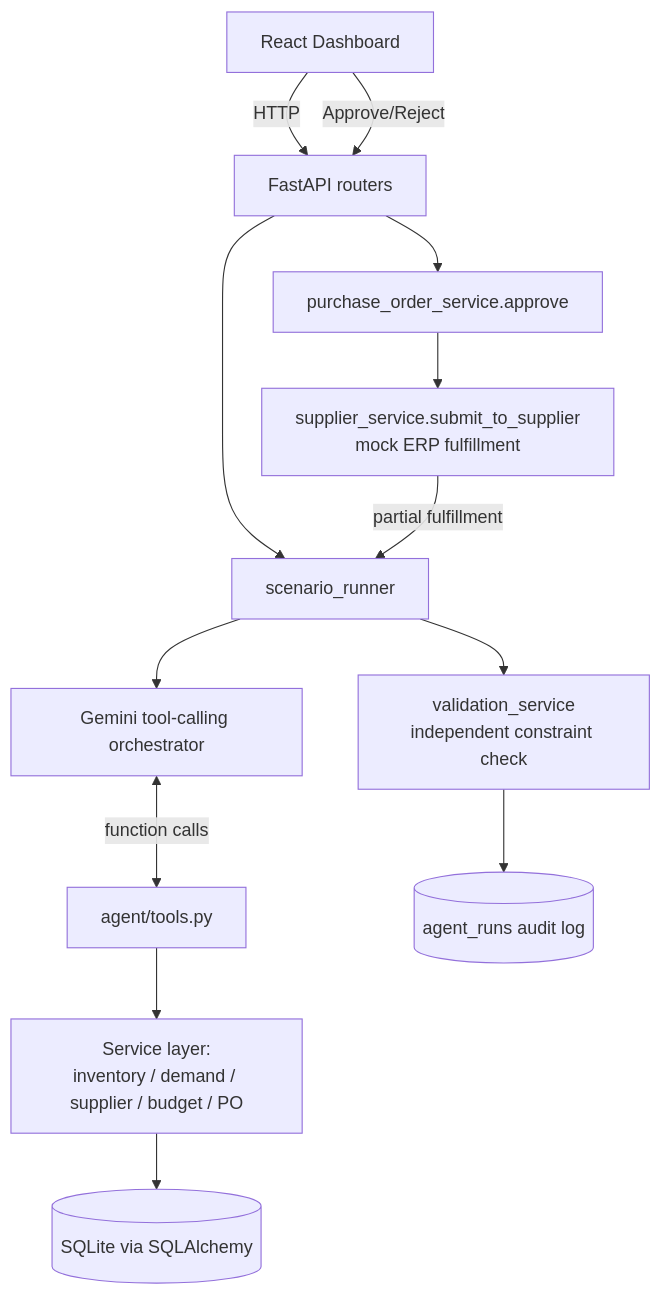
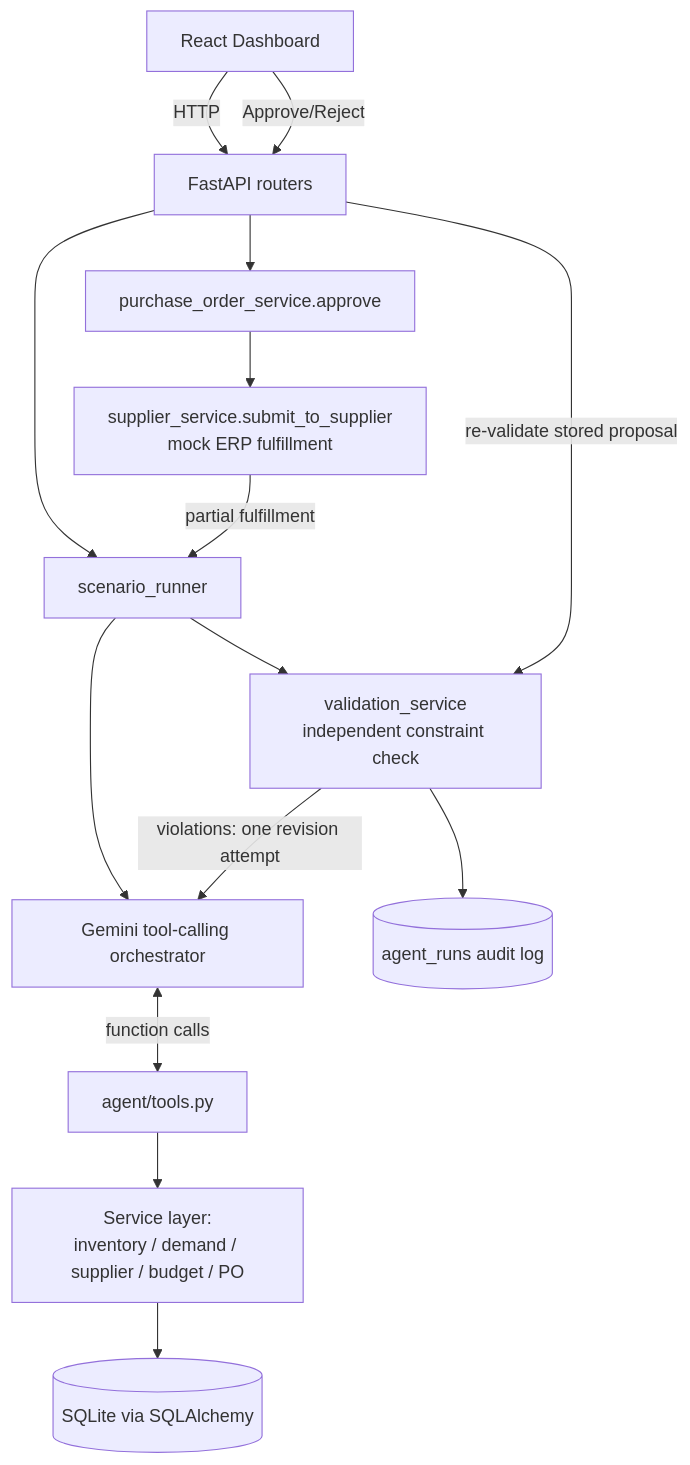
The diagram in docs/architecture.md (nitinjha7/ai-purchasing-agent), drawn with Mermaid before and after one commit. The commit also changed other lines of this file and 1 other file, not shown here.

First line of the commit message:
docs: describe the approval, revision, and feedback-loop behavior accurately

````diff
--- a/docs/architecture.md
+++ b/docs/architecture.md
@@ -3,15 +3,17 @@
 ```mermaid
 flowchart TB
     UI[React Dashboard] -->|HTTP| API[FastAPI routers]
     API --> ScenarioRunner[scenario_runner]
     ScenarioRunner --> Orchestrator[Gemini tool-calling orchestrator]
     Orchestrator <-->|function calls| Tools[agent/tools.py]
     Tools --> Services[Service layer:\ninventory / demand / supplier / budget / PO]
     Services --> DB[(SQLite via SQLAlchemy)]
     ScenarioRunner --> Validator[validation_service\nindependent constraint check]
+    Validator -->|violations: one revision attempt| Orchestrator
     Validator --> AgentRunTable[(agent_runs audit log)]
     UI -->|Approve/Reject| API
+    API -->|re-validate stored proposal| Validator
     API --> POService[purchase_order_service.approve]
     POService --> MockERP[supplier_service.submit_to_supplier\nmock ERP fulfillment]
     MockERP -->|partial fulfillment| ScenarioRunner
 ```
````
